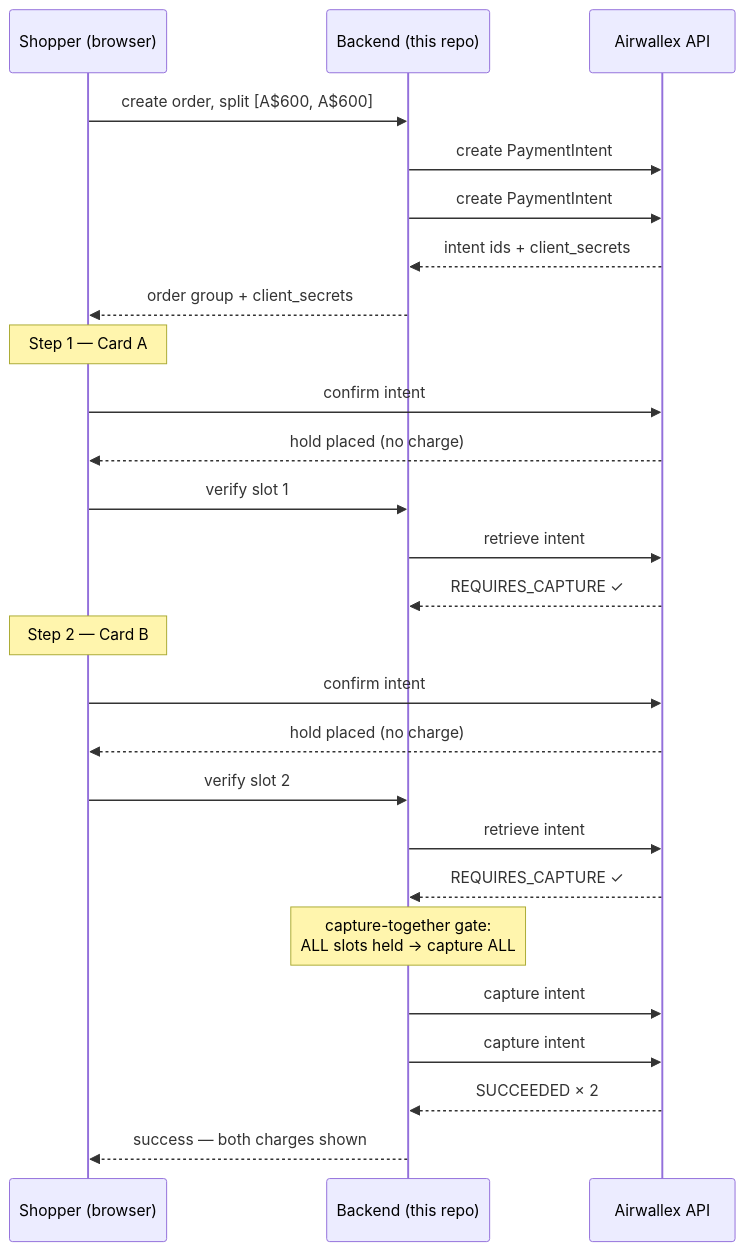
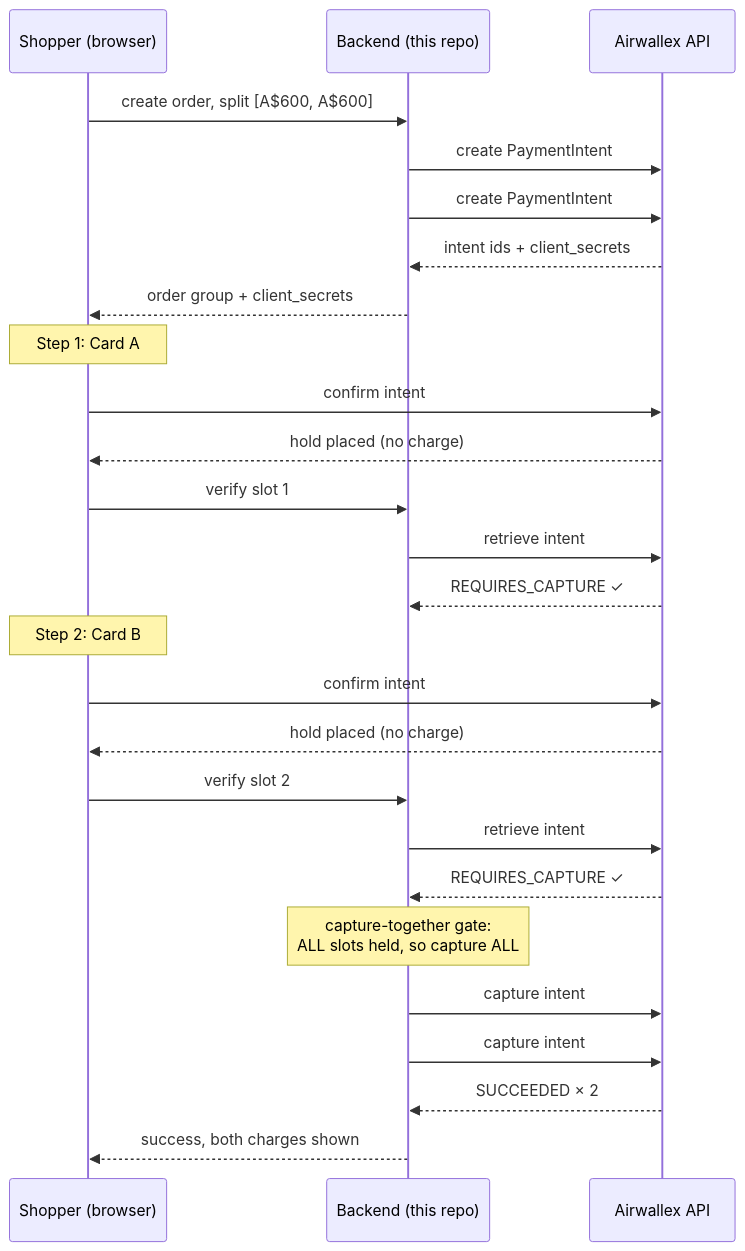
Before and after one commit to PremaanshVyas/split-checkout: the diagram in README.md, drawn with Mermaid. The commit also changed other lines of this file and 26 other files, not shown here.

````diff
--- a/README.md
+++ b/README.md
@@ -19,32 +19,32 @@
 ```mermaid
 sequenceDiagram
     participant S as Shopper (browser)
     participant B as Backend (this repo)
     participant A as Airwallex API
 
     S->>B: create order, split [A$600, A$600]
     B->>A: create PaymentIntent #1 (600)
     B->>A: create PaymentIntent #2 (600)
     A-->>B: intent ids + client_secrets
     B-->>S: order group + client_secrets
 
-    Note over S: Step 1 — Card A
+    Note over S: Step 1: Card A
     S->>A: confirm intent #1 (autoCapture: false)
     A-->>S: hold placed (no charge)
     S->>B: verify slot 1
     B->>A: retrieve intent #1
     A-->>B: REQUIRES_CAPTURE ✓
 
-    Note over S: Step 2 — Card B
+    Note over S: Step 2: Card B
     S->>A: confirm intent #2 (autoCapture: false)
     A-->>S: hold placed (no charge)
     S->>B: verify slot 2
     B->>A: retrieve intent #2
     A-->>B: REQUIRES_CAPTURE ✓
 
-    Note over B: capture-together gate:<br/>ALL slots held → capture ALL
+    Note over B: capture-together gate:<br/>ALL slots held, so capture ALL
     B->>A: capture intent #1
     B->>A: capture intent #2
     A-->>B: SUCCEEDED × 2
-    B-->>S: success — both charges shown
+    B-->>S: success, both charges shown
 ```
````
